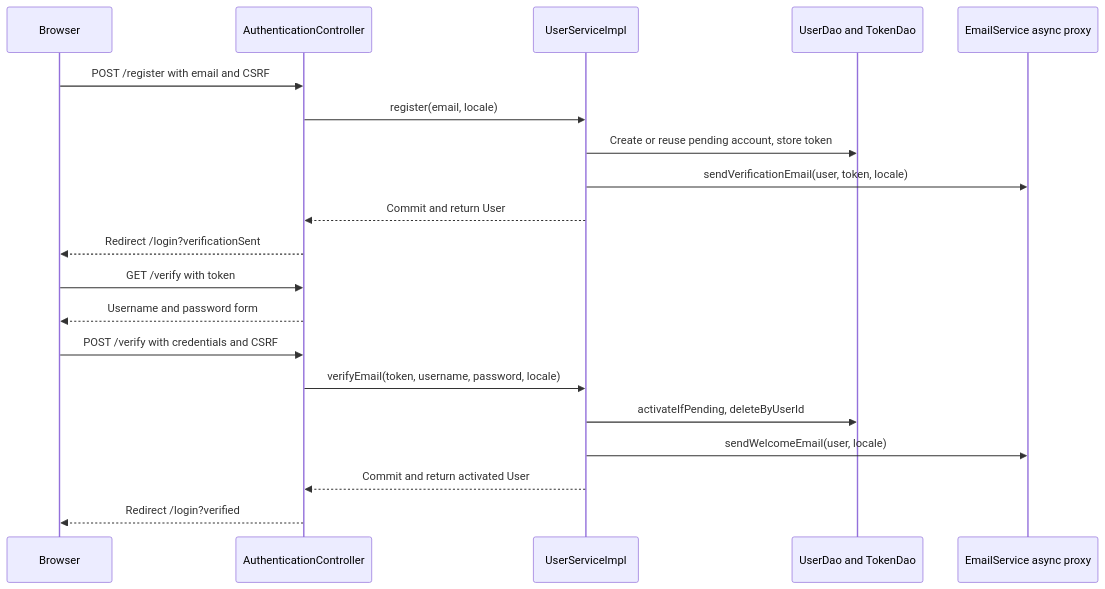
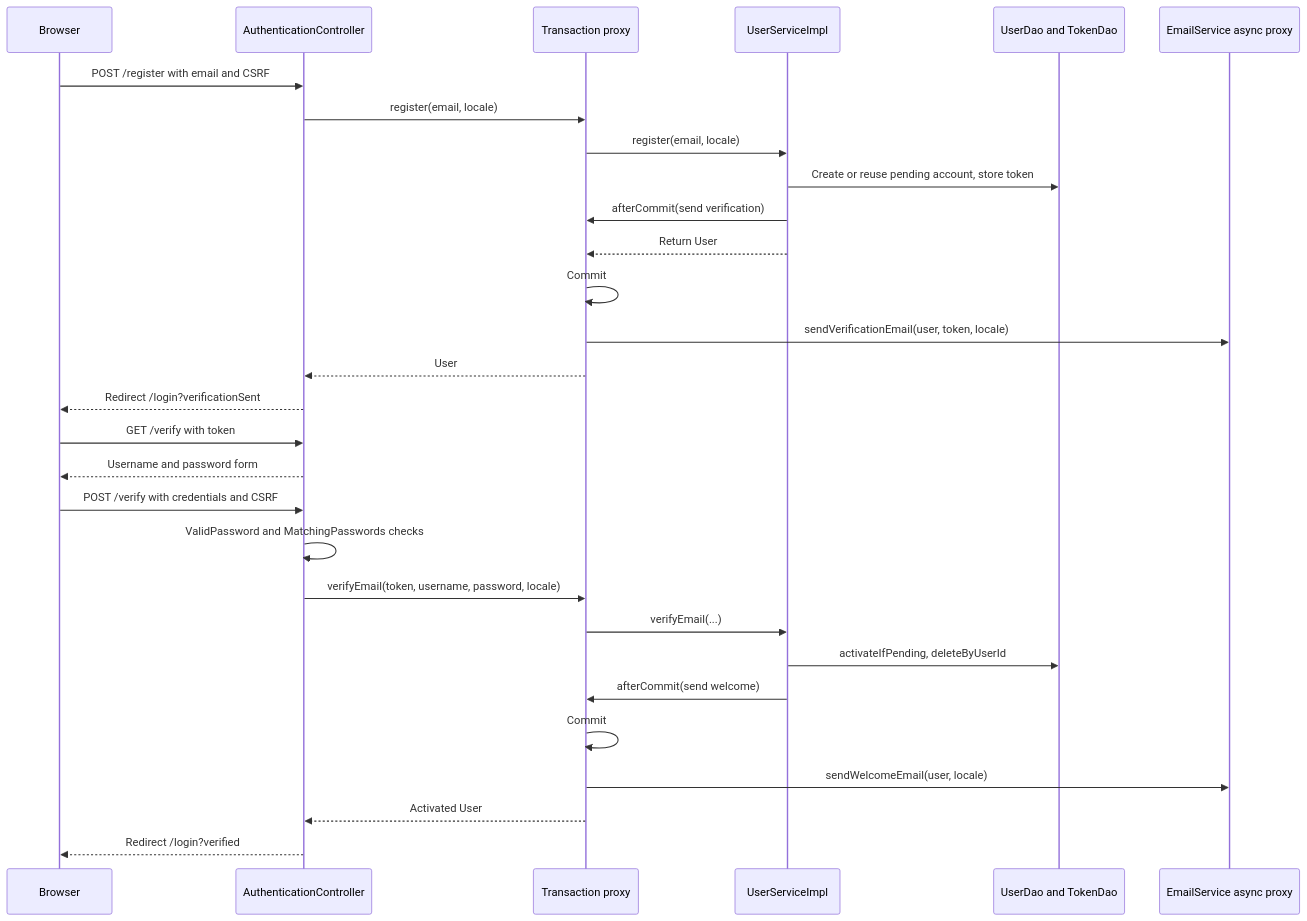
One commit to BautistaPessagno/PAW_Vault changed the diagram in Authentication flow.md. Above: the diagram before and after it, drawn with Mermaid. The commit also changed other lines of this file and 160 other files, not shown here.

````diff
--- a/Authentication flow.md
+++ b/Authentication flow.md
@@ -21,22 +21,31 @@
 ```mermaid
 sequenceDiagram
     participant B as Browser
     participant C as AuthenticationController
+    participant P as Transaction proxy
     participant U as UserServiceImpl
     participant D as UserDao and TokenDao
     participant E as EmailService async proxy
     B->>C: POST /register with email and CSRF
-    C->>U: register(email, locale)
+    C->>P: register(email, locale)
+    P->>U: register(email, locale)
     U->>D: Create or reuse pending account, store token
-    U->>E: sendVerificationEmail(user, token, locale)
-    U-->>C: Commit and return User
+    U->>P: afterCommit(send verification)
+    U-->>P: Return User
+    P->>P: Commit
+    P->>E: sendVerificationEmail(user, token, locale)
+    P-->>C: User
     C-->>B: Redirect /login?verificationSent
     B->>C: GET /verify with token
     C-->>B: Username and password form
     B->>C: POST /verify with credentials and CSRF
-    C->>U: verifyEmail(token, username, password, locale)
+    C->>C: ValidPassword and MatchingPasswords checks
+    C->>P: verifyEmail(token, username, password, locale)
+    P->>U: verifyEmail(...)
     U->>D: activateIfPending, deleteByUserId
-    U->>E: sendWelcomeEmail(user, locale)
-    U-->>C: Commit and return activated User
+    U->>P: afterCommit(send welcome)
+    P->>P: Commit
+    P->>E: sendWelcomeEmail(user, locale)
+    P-->>C: Activated User
     C-->>B: Redirect /login?verified
 ```
````
